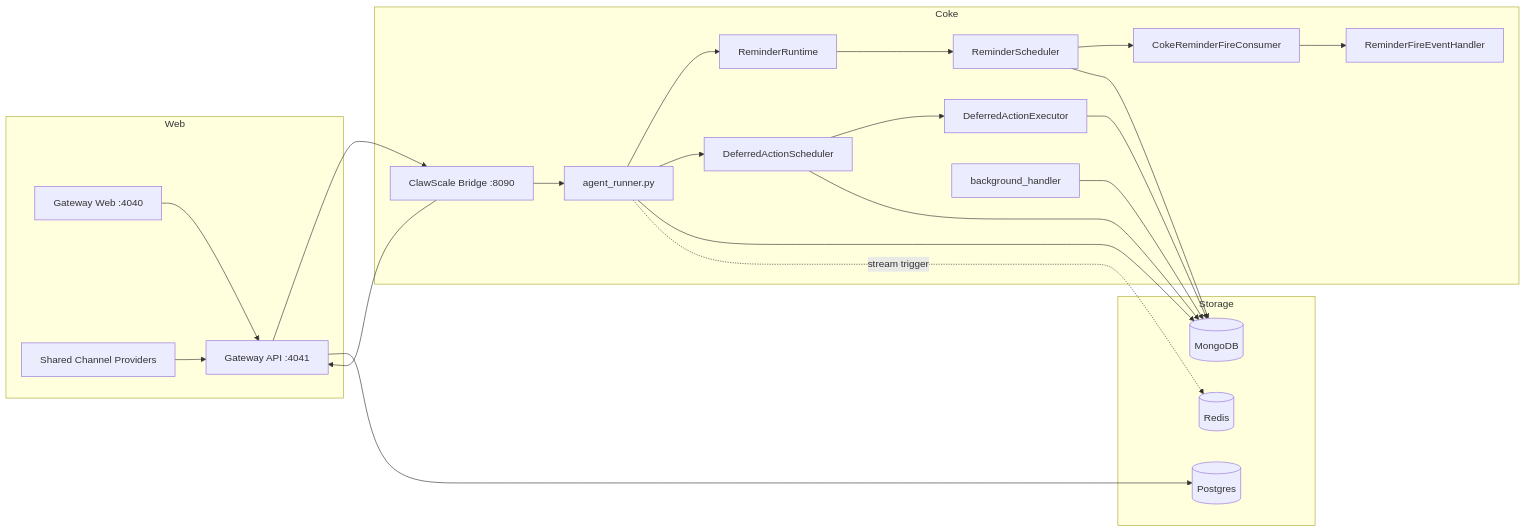
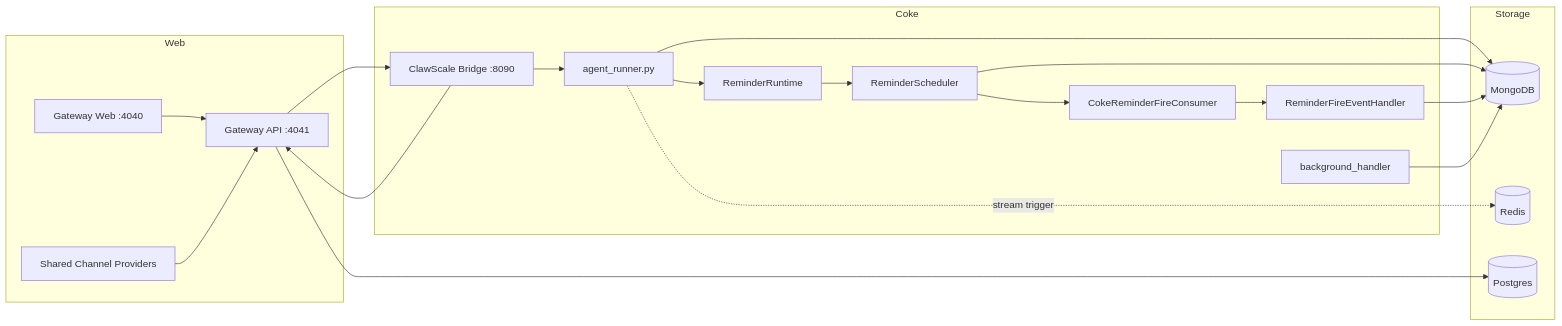
One commit to yidianyiko/openCoke changed the diagram in docs/ARCHITECTURE.md. Above: the diagram before and after it, drawn with Mermaid. The commit also changed other lines of this file, not shown here.

First line of the commit message:
docs(arch): remove retired deferred-action stack, reflect current runtime

````diff
--- a/docs/ARCHITECTURE.md
+++ b/docs/ARCHITECTURE.md
@@ -59,45 +50,40 @@
 ```mermaid
 flowchart LR
     subgraph Web
         UI[Gateway Web :4040]
         API[Gateway API :4041]
         PROVIDERS[Shared Channel Providers]
     end
 
     subgraph Coke
         BRIDGE[ClawScale Bridge :8090]
         RUNNER[agent_runner.py]
         RRUNTIME[ReminderRuntime]
         RSCHED[ReminderScheduler]
         RFCONSUMER[CokeReminderFireConsumer]
         RHANDLER[ReminderFireEventHandler]
-        SCHED[DeferredActionScheduler]
-        EXEC[DeferredActionExecutor]
         BG[background_handler]
     end
 
     subgraph Storage
         MONGO[(MongoDB)]
         REDIS[(Redis)]
         PG[(Postgres)]
     end
 
     UI --> API
     PROVIDERS --> API
     API --> BRIDGE
     BRIDGE --> RUNNER
     BRIDGE --> API
     RUNNER --> RRUNTIME
     RRUNTIME --> RSCHED
     RSCHED --> RFCONSUMER
     RFCONSUMER --> RHANDLER
-    RUNNER --> SCHED
-    SCHED --> EXEC
     RUNNER --> MONGO
     RUNNER -. stream trigger .-> REDIS
     RSCHED --> MONGO
-    SCHED --> MONGO
-    EXEC --> MONGO
+    RHANDLER --> MONGO
     BG --> MONGO
     API --> PG
 ```
````
